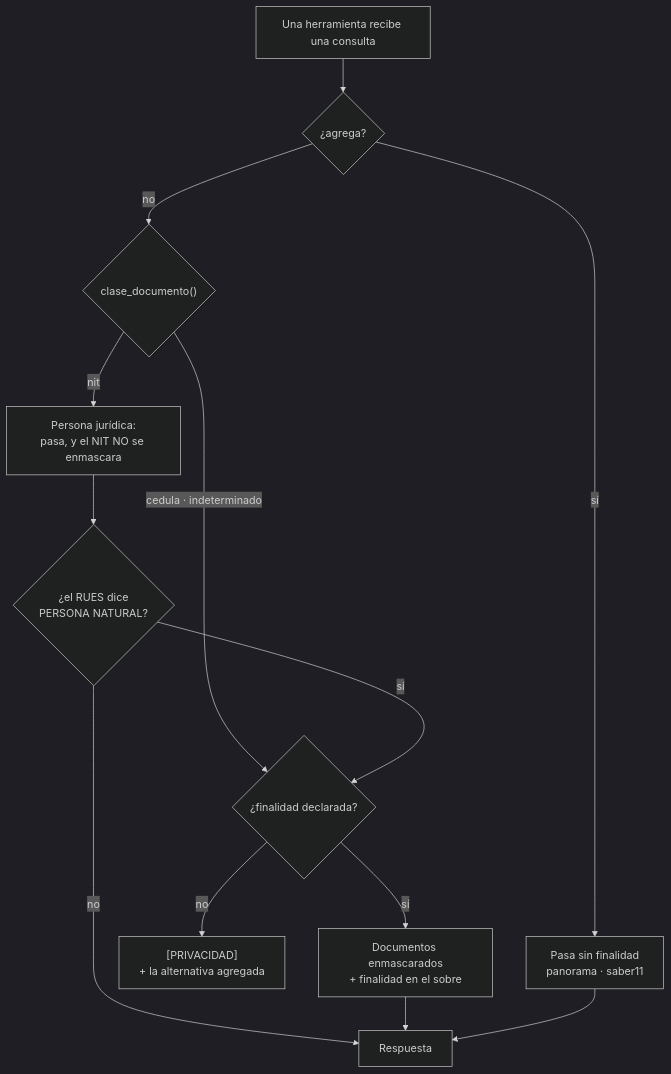
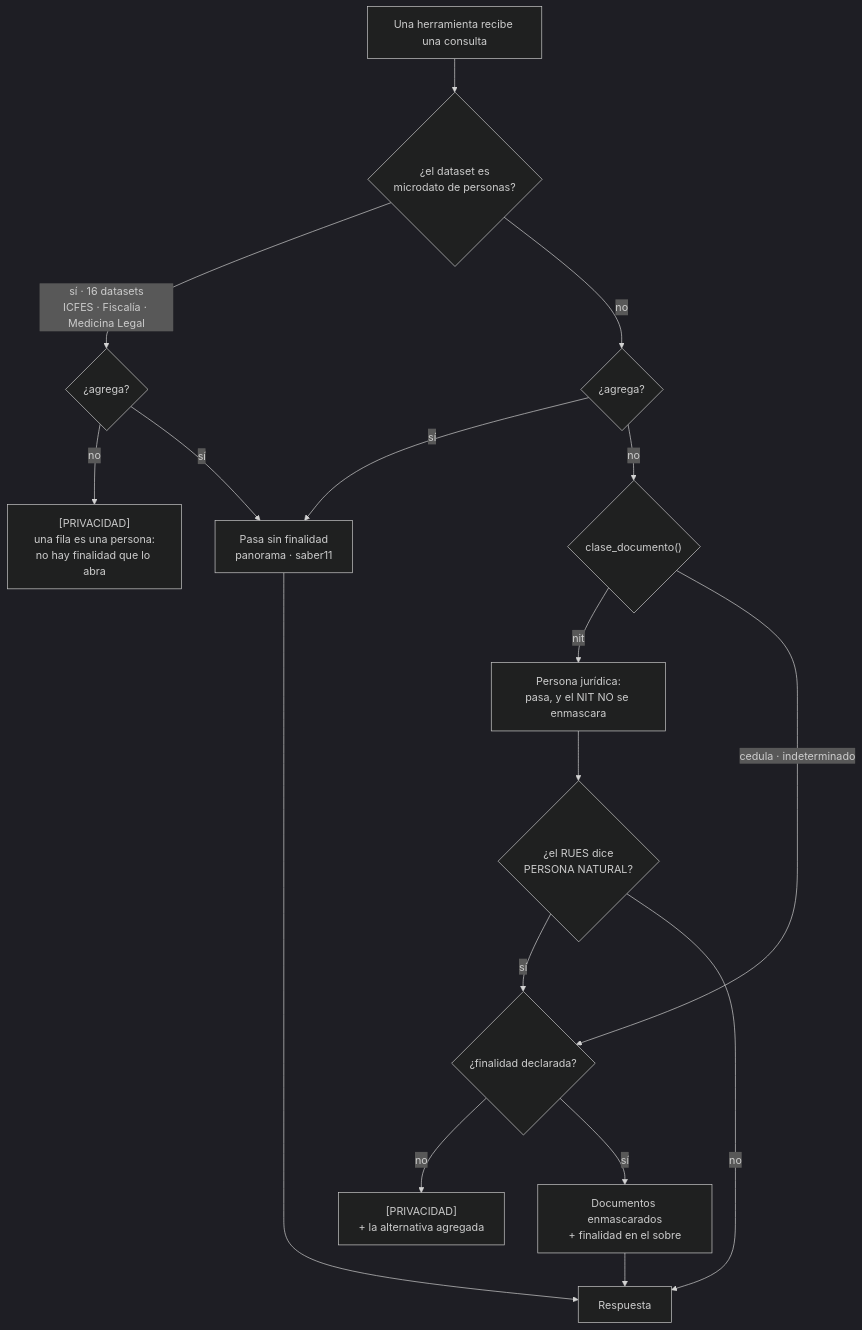
One commit to manuelcastiblan/colombia-datos-mcp changed the second of 3 diagrams in docs/arquitectura.md. Above: the diagram before and after it, drawn with Mermaid (dark theme). The commit also changed other lines of this file and 5 other files, not shown here.

First line of the commit message:
Publica 0.17.0 y pone al día los diagramas que el cambio dejó viejos

````diff
--- a/docs/arquitectura.md
+++ b/docs/arquitectura.md
@@ -59,15 +59,19 @@
 ```mermaid
 flowchart TD
-    consulta["Una herramienta recibe una consulta"] --> agrega{"¿agrega?"}
+    consulta["Una herramienta recibe una consulta"] --> fuente{"¿el dataset es<br/>microdato de personas?"}
+    fuente -->|"sí · 16 datasets<br/>ICFES · Fiscalía · Medicina Legal"| soloagrega{"¿agrega?"}
+    soloagrega -->|no| cerrado["[PRIVACIDAD]<br/>una fila es una persona:<br/>no hay finalidad que lo abra"]
+    soloagrega -->|sí| libre
+    fuente -->|no| agrega{"¿agrega?"}
     agrega -->|sí| libre["Pasa sin finalidad<br/>panorama · saber11"]
     agrega -->|no| clase{"clase_documento()"}
     clase -->|nit| juridica["Persona jurídica:<br/>pasa, y el NIT NO se enmascara"]
     clase -->|"cedula · indeterminado"| puerta{"¿finalidad declarada?"}
     juridica --> rues{"¿el RUES dice<br/>PERSONA NATURAL?"}
     rues -->|sí| puerta
     rues -->|no| salida
     puerta -->|no| bloqueo["[PRIVACIDAD]<br/>+ la alternativa agregada"]
     puerta -->|sí| redacta["Documentos enmascarados<br/>+ finalidad en el sobre"]
     redacta --> salida["Respuesta"]
     libre --> salida
 ```
````
